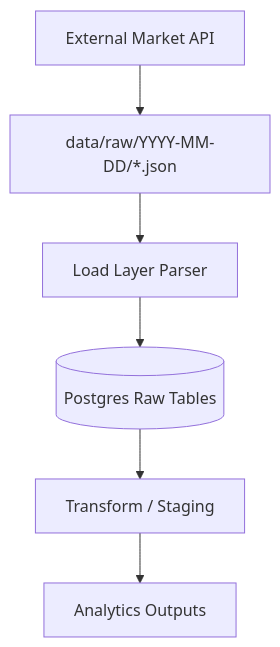
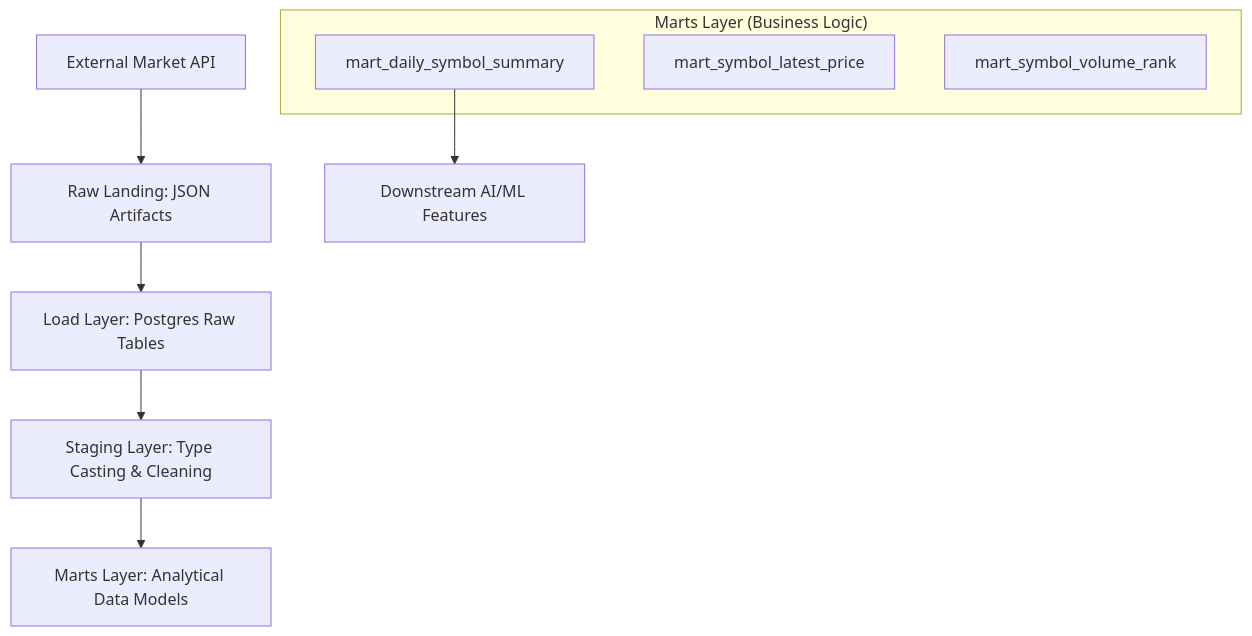
Before and after one commit to Ericliu-eng/de-lakehouse-pipeline: the diagram in docs/README_v2.md, drawn with Mermaid. The commit also changed 10 other files, not shown here.

Commit message:
test:implement integration tests for marts layer and fix

````diff
--- a/docs/README_v2.md
+++ b/docs/README_v2.md
@@ -37,8 +37,15 @@
 ```mermaid
 graph TD
-A[External Market API] --> B[data/raw/YYYY-MM-DD/*.json]
-B --> C[Load Layer Parser]
-C --> D[(Postgres Raw Tables)]
-D --> E[Transform / Staging]
-E --> F[Analytics Outputs]
+    A[External Market API] --> B[Raw Landing: JSON Artifacts]
+    B --> C[Load Layer: Postgres Raw Tables]
+    C --> D[Staging Layer: Type Casting & Cleaning]
+    D --> E[Marts Layer: Analytical Data Models]
+    
+    subgraph "Marts Layer (Business Logic)"
+        E1[mart_daily_symbol_summary]
+        E2[mart_symbol_latest_price]
+        E3[mart_symbol_volume_rank]
+    end
+    
+    E1 --> G[Downstream AI/ML Features]
 ```
````
